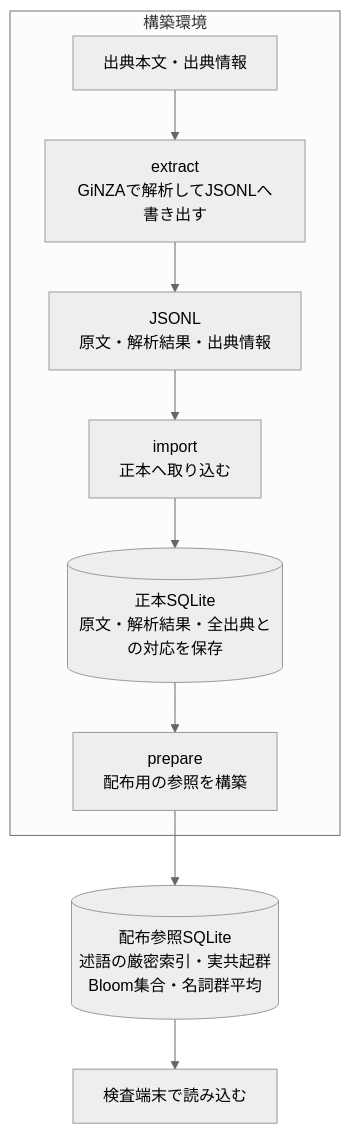
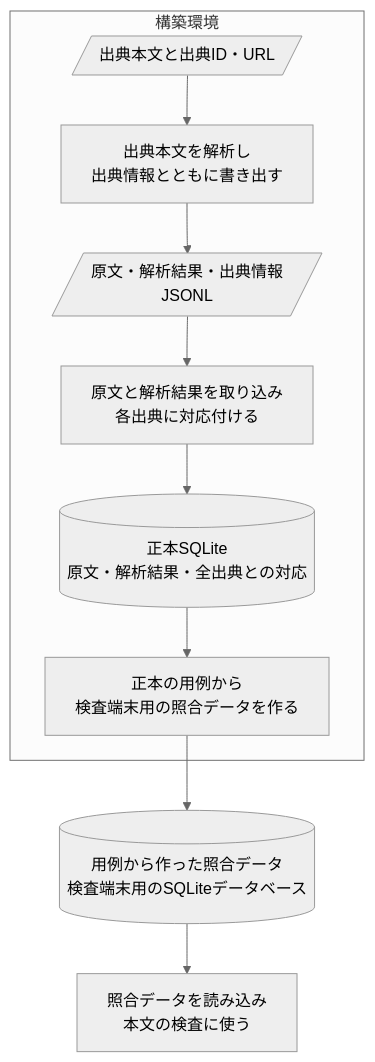
The second of 2 diagrams in docs/design/architecture.md (karin0624/use-native-japanese), drawn with Mermaid (neutral theme) before and after one commit. The commit also changed other lines of this file, not shown here.

````diff
--- a/docs/design/architecture.md
+++ b/docs/design/architecture.md
@@ -37,12 +41,17 @@
 ```mermaid
+---
+config:
+    flowchart:
+        wrappingWidth: 320
+---
 flowchart TB
     subgraph build["構築環境"]
-        source["出典本文・出典情報"] --> extract["extract<br/>GiNZAで解析してJSONLへ書き出す"]
-        extract --> records["JSONL<br/>原文・解析結果・出典情報"]
-        records --> import["import<br/>正本へ取り込む"]
-        import --> master[("正本SQLite<br/>原文・解析結果・全出典との対応を保存")]
-        master --> prepare["prepare<br/>配布用の参照を構築"]
+        source[/出典本文と出典ID・URL/] --> extract["出典本文を解析し<br/>出典情報とともに書き出す"]
+        extract --> records[/原文・解析結果・出典情報<br/>JSONL/]
+        records --> import["原文と解析結果を取り込み<br/>各出典に対応付ける"]
+        import --> master[("正本SQLite<br/>原文・解析結果・全出典との対応")]
+        master --> prepare["正本の用例から<br/>検査端末用の照合データを作る"]
     end
-    prepare --> reference[("配布参照SQLite<br/>述語の厳密索引・実共起群<br/>Bloom集合・名詞群平均")]
-    reference --> runtime["検査端末で読み込む"]
+    prepare --> reference[("用例から作った照合データ<br/>検査端末用のSQLiteデータベース")]
+    reference --> runtime["照合データを読み込み<br/>本文の検査に使う"]
 ```
````
